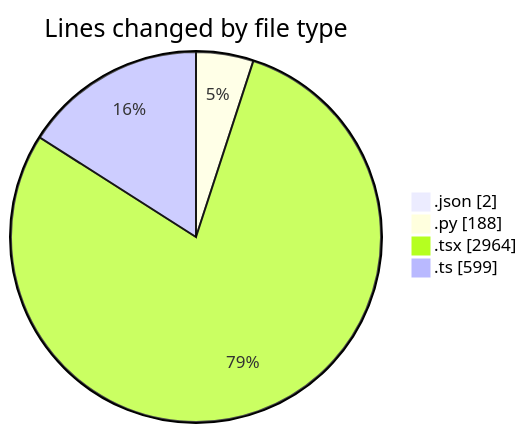
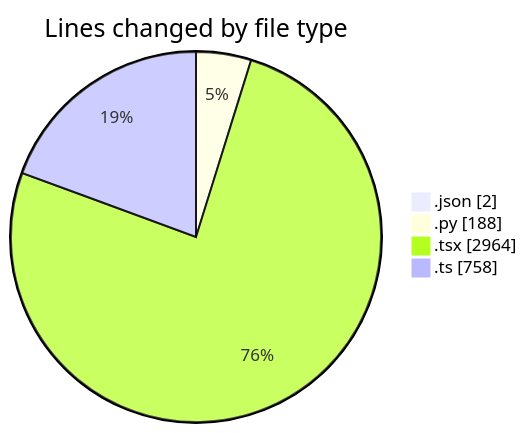
The first of 2 diagrams in 2025-10-06/eventscop-frontend-guide__workspace_/README.md (julien-gomy/code-tracking), drawn with Mermaid before and after one commit. The commit also changed other lines of this file and 1 other file, not shown here.

````diff
--- a/2025-10-06/eventscop-frontend-guide__workspace_/README.md
+++ b/2025-10-06/eventscop-frontend-guide__workspace_/README.md
@@ -42,8 +44,8 @@
 ```mermaid
 pie showData
 title Lines changed by file type
 ".json" : 2
 ".py" : 188
 ".tsx" : 2964
-".ts" : 599
+".ts" : 758
 ```
````
